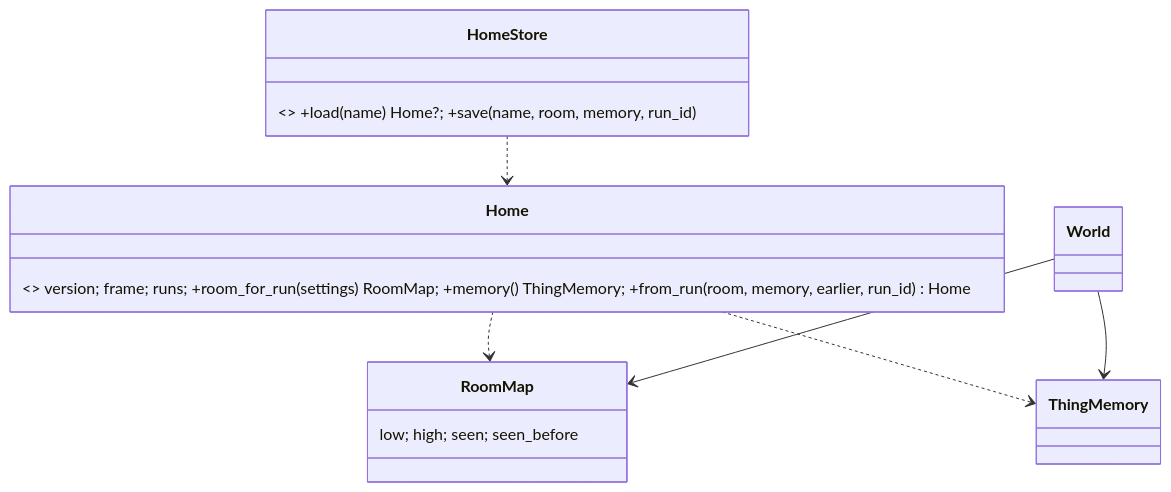
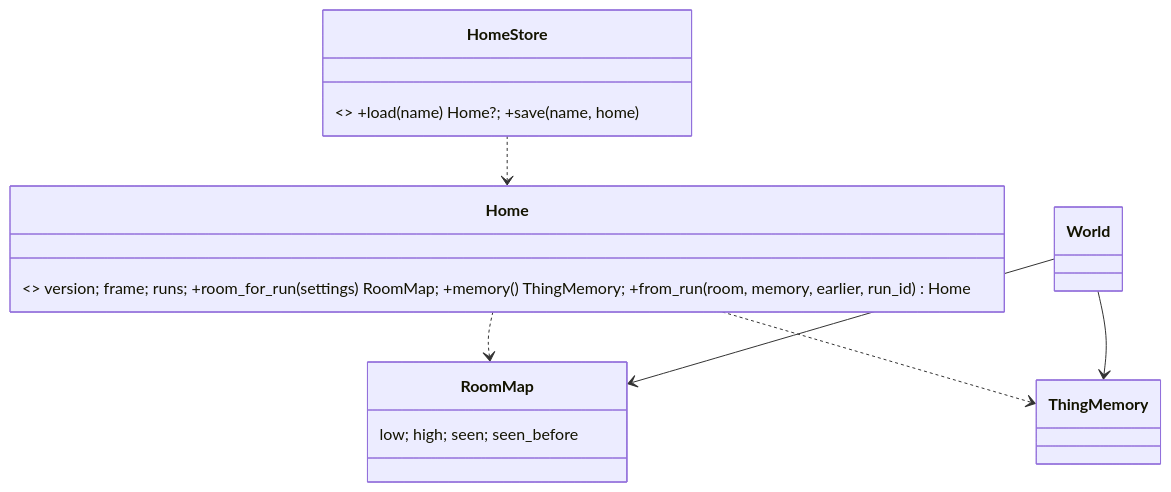
Diagram 46 of 47 in docs/lld/ai-engine-lld.md (mannuray/conqueror), drawn with Mermaid before and after one commit. The commit also changed other lines of this file and 1 other file, not shown here.

Commit message:
docs(plan): Plan Z8 - the home spot (AI engine LLD §20)

````diff
--- a/docs/lld/ai-engine-lld.md
+++ b/docs/lld/ai-engine-lld.md
@@ -2392,13 +2392,13 @@
 ```mermaid
 classDiagram
-    class HomeStore { <<adapter>> +load(name) Home?; +save(name, room, memory, run_id) }
+    class HomeStore { <<adapter>> +load(name) Home?; +save(name, home) }
     class Home { <<pure>> version; frame; runs; +room_for_run(settings) RoomMap; +memory() ThingMemory; +from_run(room, memory, earlier, run_id) Home }
     class RoomMap { low; high; seen; seen_before }
     class ThingMemory
     class World
     HomeStore ..> Home
     Home ..> RoomMap
     Home ..> ThingMemory
     World --> RoomMap
     World --> ThingMemory
 ```
````
